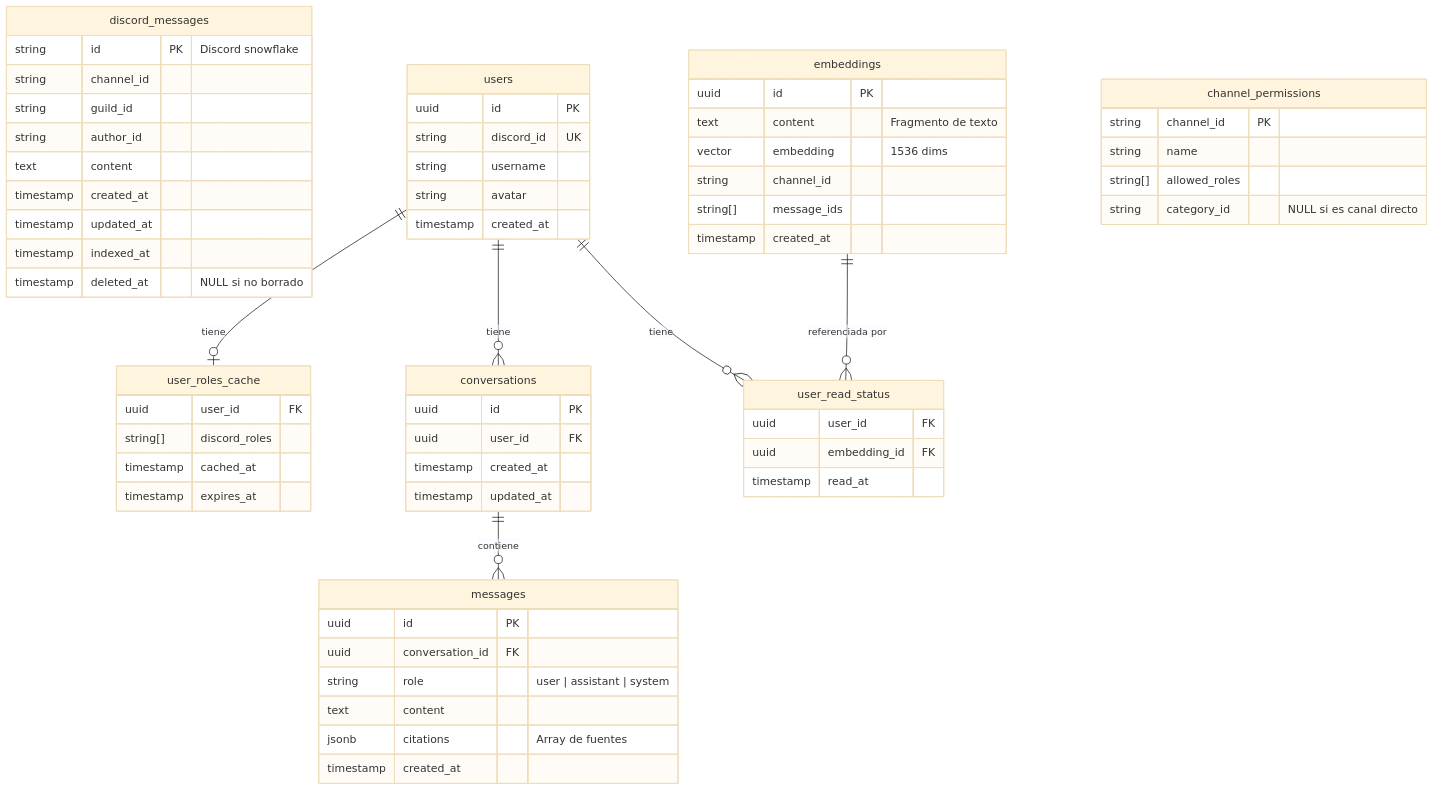
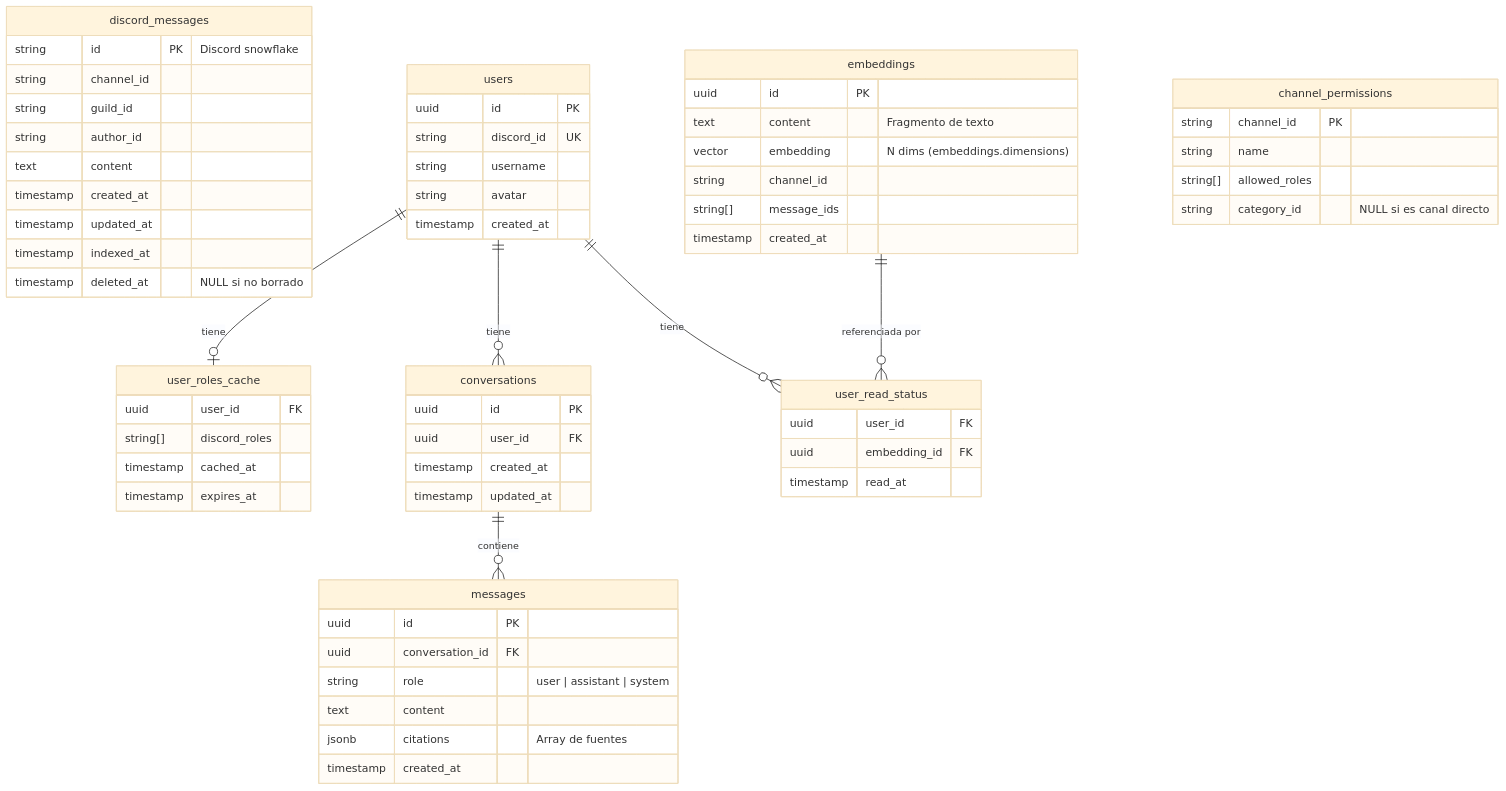
Before and after one commit to borjaberrocal87/share2brain: the second of 7 diagrams in docs/context/TECHNICAL-DESIGN.md, drawn with Mermaid (base theme). The commit also changed other lines of this file and 6 other files, not shown here.

````diff
--- a/docs/context/TECHNICAL-DESIGN.md
+++ b/docs/context/TECHNICAL-DESIGN.md
@@ -387,73 +387,73 @@
 ```mermaid
 erDiagram
     discord_messages {
         string id PK "Discord snowflake"
         string channel_id
         string guild_id
         string author_id
         text content
         timestamp created_at
         timestamp updated_at
         timestamp indexed_at
         timestamp deleted_at "NULL si no borrado"
     }
 
     embeddings {
         uuid id PK
         text content "Fragmento de texto"
-        vector embedding "1536 dims"
+        vector embedding "N dims (embeddings.dimensions)"
         string channel_id
         string[] message_ids
         timestamp created_at
     }
 
     users {
         uuid id PK
         string discord_id UK
         string username
         string avatar
         timestamp created_at
     }
 
     user_roles_cache {
         uuid user_id FK
         string[] discord_roles
         timestamp cached_at
         timestamp expires_at
     }
 
     channel_permissions {
         string channel_id PK
         string name
         string[] allowed_roles
         string category_id "NULL si es canal directo"
     }
 
     conversations {
         uuid id PK
         uuid user_id FK
         timestamp created_at
         timestamp updated_at
     }
 
     messages {
         uuid id PK
         uuid conversation_id FK
         string role "user | assistant | system"
         text content
         jsonb citations "Array de fuentes"
         timestamp created_at
     }
 
     user_read_status {
         uuid user_id FK
         uuid embedding_id FK
         timestamp read_at
     }
 
     users ||--o{ conversations : "tiene"
     conversations ||--o{ messages : "contiene"
     users ||--o{ user_read_status : "tiene"
     embeddings ||--o{ user_read_status : "referenciada por"
     users ||--o| user_roles_cache : "tiene"
 ```
````
